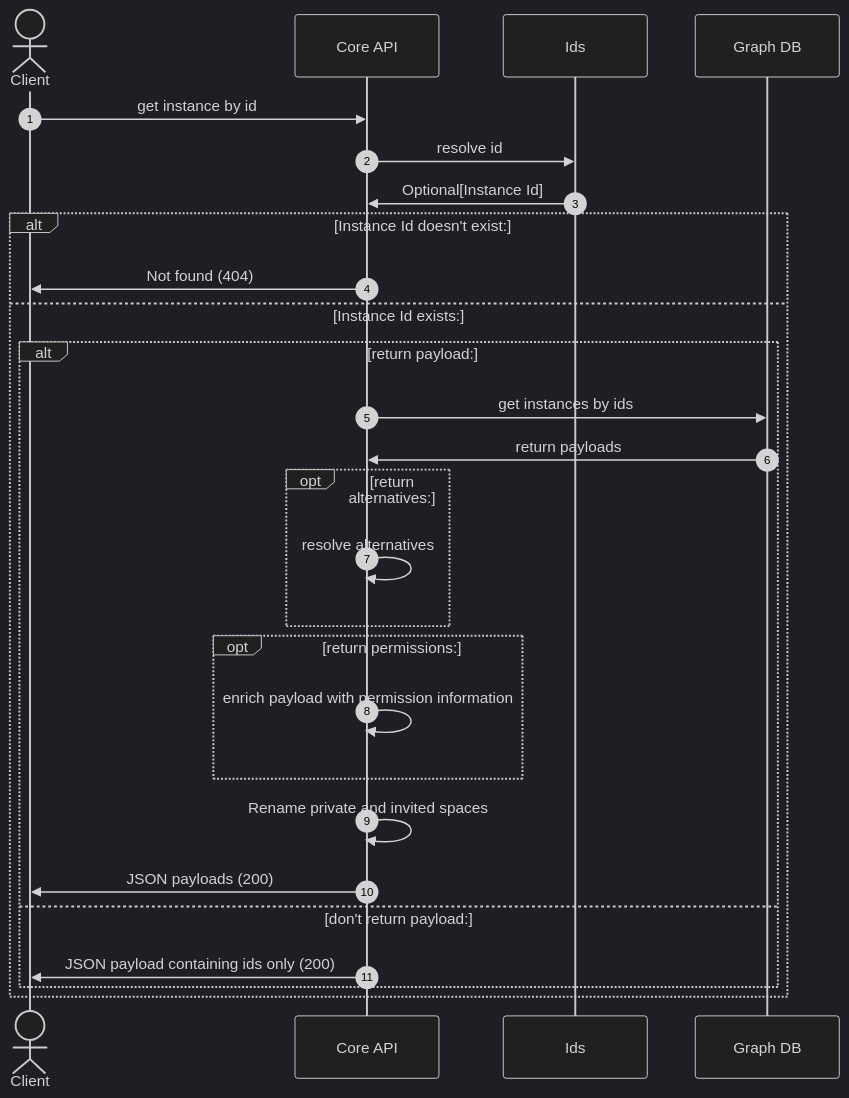
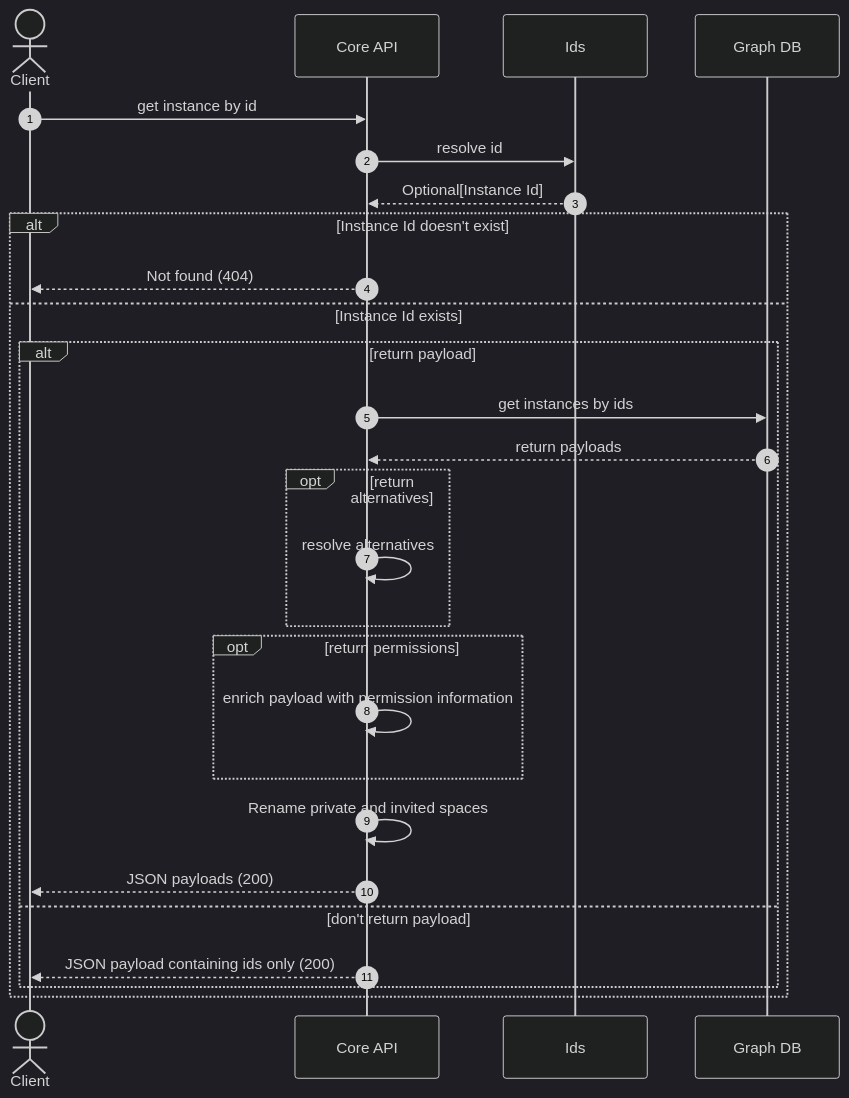
One commit to HumanBrainProject/kg-core changed the third of 5 diagrams in services/kg-core-api/src/main/java/eu/ebrains/kg/core/api/instances.md. Above: the diagram before and after it, drawn with Mermaid (dark theme). The commit also changed other lines of this file and 74 other files, not shown here.

````diff
--- a/services/kg-core-api/src/main/java/eu/ebrains/kg/core/api/instances.md
+++ b/services/kg-core-api/src/main/java/eu/ebrains/kg/core/api/instances.md
@@ -93,26 +93,26 @@
 ```mermaid
 sequenceDiagram   
   autonumber
   actor Client
   Client ->> Core API: get instance by id
   Core API ->> Ids: resolve id
-  Ids ->> Core API: Optional[Instance Id]
-  alt Instance Id doesn't exist:
-      Core API ->> Client: Not found (404)
-  else Instance Id exists:
-    alt return payload:
+  Ids -->> Core API: Optional[Instance Id]
+  alt Instance Id doesn't exist
+      Core API -->> Client: Not found (404)
+  else Instance Id exists
+    alt return payload
         Core API ->> Graph DB: get instances by ids
-        Graph DB ->> Core API: return payloads
-        opt return alternatives:
+        Graph DB -->> Core API: return payloads
+        opt return alternatives
             Core API ->> Core API: resolve alternatives
         end
-        opt return permissions:
+        opt return permissions
             Core API ->> Core API: enrich payload with permission information
         end
         Core API ->> Core API: Rename private and invited spaces
-        Core API ->> Client: JSON payloads (200)
-    else don't return payload:
-        Core API ->> Client: JSON payload containing ids only (200)
+        Core API -->> Client: JSON payloads (200)
+    else don't return payload
+        Core API -->> Client: JSON payload containing ids only (200)
     end  
   end
 ```
````
